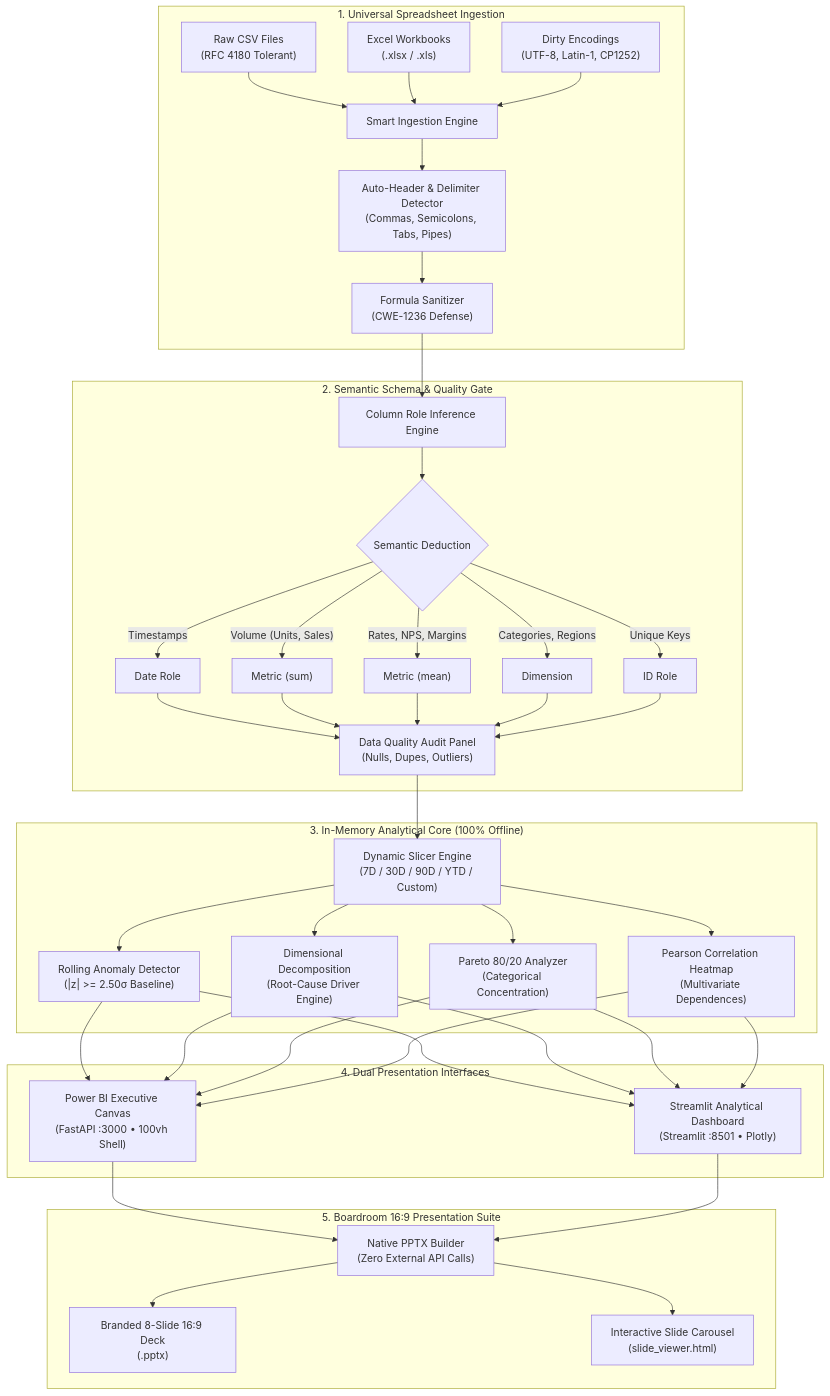
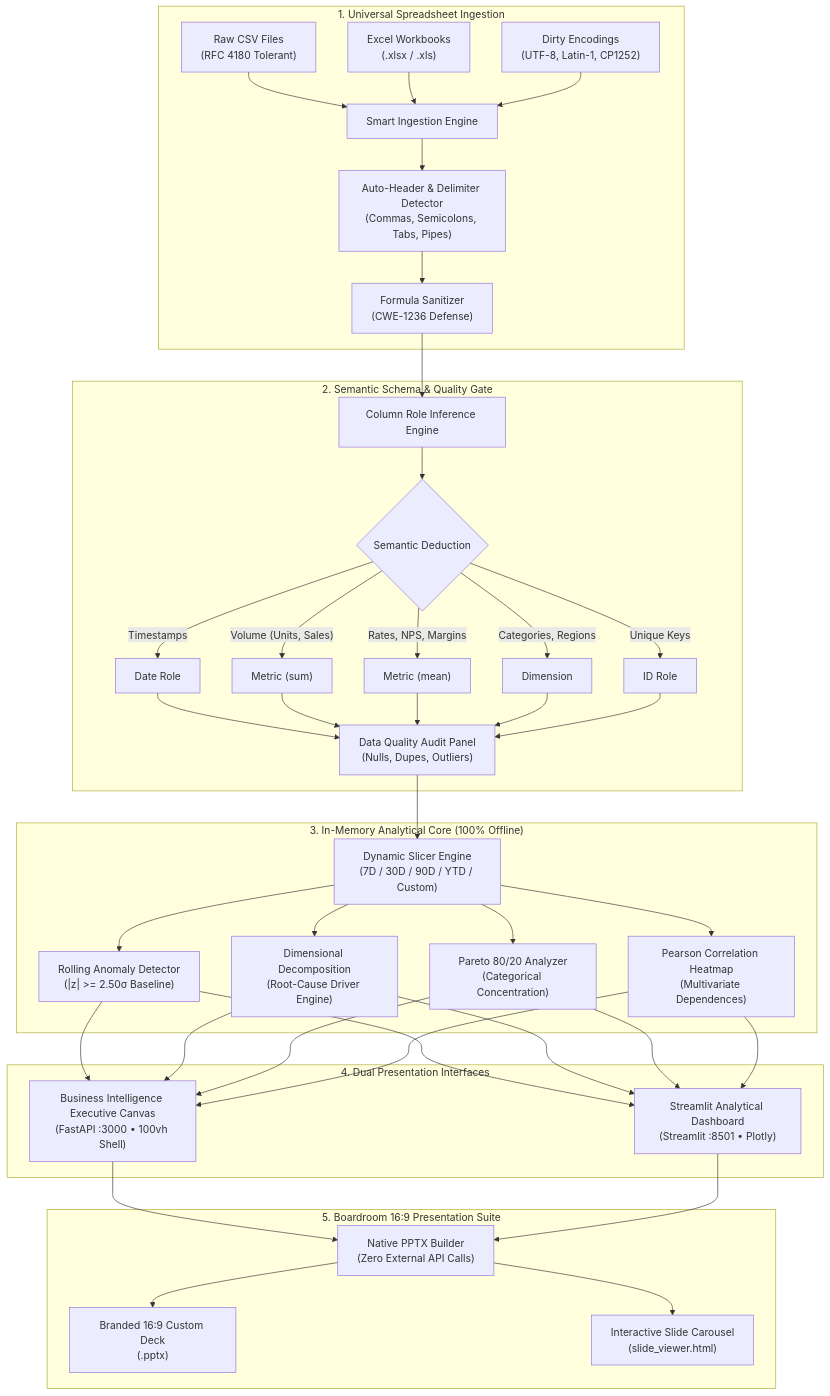
The diagram in README.md (Aivaratechinfomatics/Aivara), drawn with Mermaid before and after one commit. The commit also changed other lines of this file and 8 other files, not shown here.

Commit message:
feat: rebrand to Business Intelligence Executive Canvas and build interactive Boardroom PPTX Deck Studio

````diff
--- a/README.md
+++ b/README.md
@@ -84,40 +84,40 @@
 ```mermaid
 flowchart TD
     subgraph INGESTION["1. Universal Spreadsheet Ingestion"]
         A1["Raw CSV Files\n(RFC 4180 Tolerant)"] --> B1["Smart Ingestion Engine"]
         A2["Excel Workbooks\n(.xlsx / .xls)"] --> B1
         A3["Dirty Encodings\n(UTF-8, Latin-1, CP1252)"] --> B1
         B1 --> B2["Auto-Header & Delimiter Detector\n(Commas, Semicolons, Tabs, Pipes)"]
         B2 --> B3["Formula Sanitizer\n(CWE-1236 Defense)"]
     end
 
     subgraph SCHEMA["2. Semantic Schema & Quality Gate"]
         B3 --> C1["Column Role Inference Engine"]
         C1 --> C2{"Semantic Deduction"}
         C2 -->|"Timestamps"| D1["Date Role"]
         C2 -->|"Volume (Units, Sales)"| D2["Metric (sum)"]
         C2 -->|"Rates, NPS, Margins"| D3["Metric (mean)"]
         C2 -->|"Categories, Regions"| D4["Dimension"]
         C2 -->|"Unique Keys"| D5["ID Role"]
         D1 & D2 & D3 & D4 & D5 --> C3["Data Quality Audit Panel\n(Nulls, Dupes, Outliers)"]
     end
 
     subgraph COMPUTE["3. In-Memory Analytical Core (100% Offline)"]
         C3 --> E1["Dynamic Slicer Engine\n(7D / 30D / 90D / YTD / Custom)"]
         E1 --> E2["Rolling Anomaly Detector\n(|z| >= 2.50σ Baseline)"]
         E1 --> E3["Dimensional Decomposition\n(Root-Cause Driver Engine)"]
         E1 --> E4["Pareto 80/20 Analyzer\n(Categorical Concentration)"]
         E1 --> E5["Pearson Correlation Heatmap\n(Multivariate Dependences)"]
     end
 
     subgraph FRONTENDS["4. Dual Presentation Interfaces"]
-        E2 & E3 & E4 & E5 --> F1["Power BI Executive Canvas\n(FastAPI :3000 • 100vh Shell)"]
+        E2 & E3 & E4 & E5 --> F1["Business Intelligence Executive Canvas\n(FastAPI :3000 • 100vh Shell)"]
         E2 & E3 & E4 & E5 --> F2["Streamlit Analytical Dashboard\n(Streamlit :8501 • Plotly)"]
     end
 
     subgraph EXPORT["5. Boardroom 16:9 Presentation Suite"]
         F1 & F2 --> G1["Native PPTX Builder\n(Zero External API Calls)"]
-        G1 --> G2["Branded 8-Slide 16:9 Deck\n(.pptx)"]
+        G1 --> G2["Branded 16:9 Custom Deck\n(.pptx)"]
         G1 --> G3["Interactive Slide Carousel\n(slide_viewer.html)"]
     end
 ```
````
